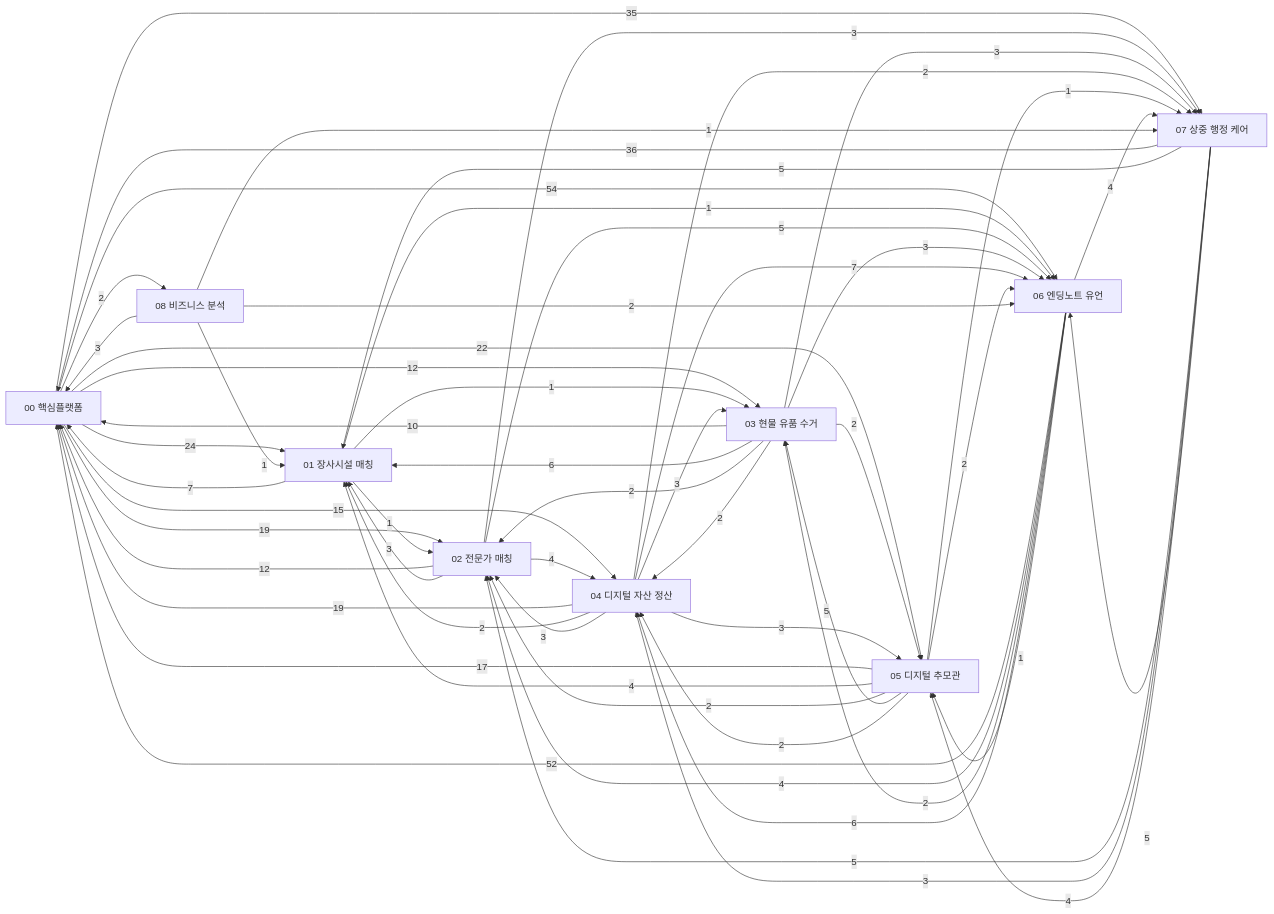
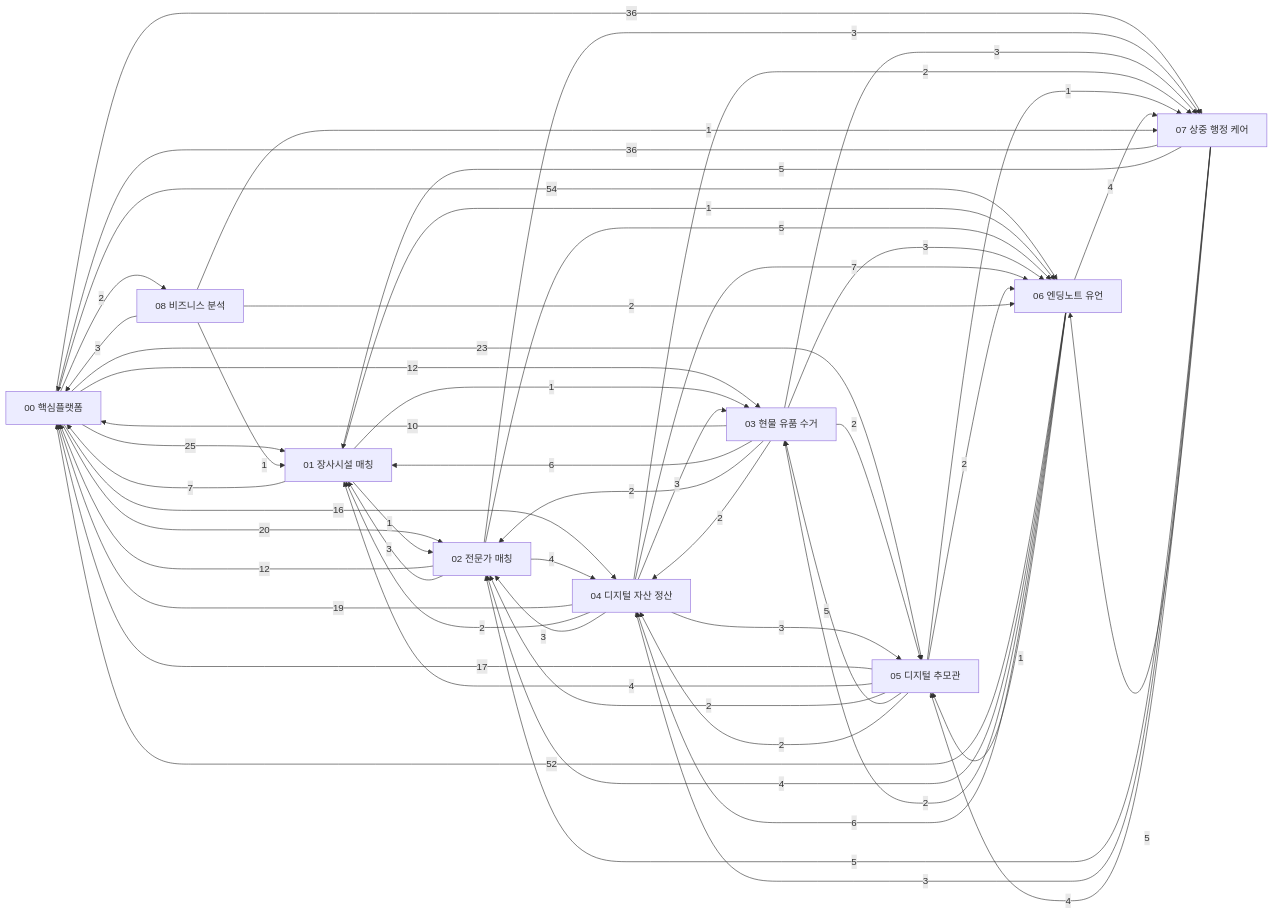
One commit to Hyunews/Eobom changed the diagram in docs/00_DOCS_INDEX.md. Above: the diagram before and after it, drawn with Mermaid. The commit also changed other lines of this file and 6 other files, not shown here.

````diff
--- a/docs/00_DOCS_INDEX.md
+++ b/docs/00_DOCS_INDEX.md
@@ -53,66 +53,66 @@
 ```mermaid
 flowchart LR
   D00["00 핵심플랫폼"]
   D01["01 장사시설 매칭"]
   D02["02 전문가 매칭"]
   D03["03 현물 유품 수거"]
   D04["04 디지털 자산 정산"]
   D05["05 디지털 추모관"]
   D06["06 엔딩노트 유언"]
   D07["07 상중 행정 케어"]
   D08["08 비즈니스 분석"]
-  D00 -->|24| D01
-  D00 -->|19| D02
+  D00 -->|25| D01
+  D00 -->|20| D02
   D00 -->|12| D03
-  D00 -->|15| D04
-  D00 -->|22| D05
+  D00 -->|16| D04
+  D00 -->|23| D05
   D00 -->|54| D06
-  D00 -->|35| D07
+  D00 -->|36| D07
   D00 -->|2| D08
   D01 -->|7| D00
   D01 -->|1| D02
   D01 -->|1| D03
   D01 -->|1| D06
   D02 -->|12| D00
   D02 -->|3| D01
   D02 -->|4| D04
   D02 -->|5| D06
   D02 -->|3| D07
   D03 -->|10| D00
   D03 -->|6| D01
   D03 -->|2| D02
   D03 -->|2| D04
   D03 -->|2| D05
   D03 -->|3| D06
   D03 -->|3| D07
   D04 -->|19| D00
   D04 -->|2| D01
   D04 -->|3| D02
   D04 -->|3| D03
   D04 -->|3| D05
   D04 -->|7| D06
   D04 -->|2| D07
   D05 -->|17| D00
   D05 -->|4| D01
   D05 -->|2| D02
   D05 -->|5| D03
   D05 -->|2| D04
   D05 -->|2| D06
   D05 -->|1| D07
   D06 -->|52| D00
   D06 -->|4| D02
   D06 -->|2| D03
   D06 -->|6| D04
   D06 -->|1| D05
   D06 -->|4| D07
   D07 -->|36| D00
   D07 -->|5| D01
   D07 -->|5| D02
   D07 -->|3| D04
   D07 -->|4| D05
   D07 -->|5| D06
   D08 -->|3| D00
   D08 -->|1| D01
   D08 -->|2| D06
   D08 -->|1| D07
 ```
````
